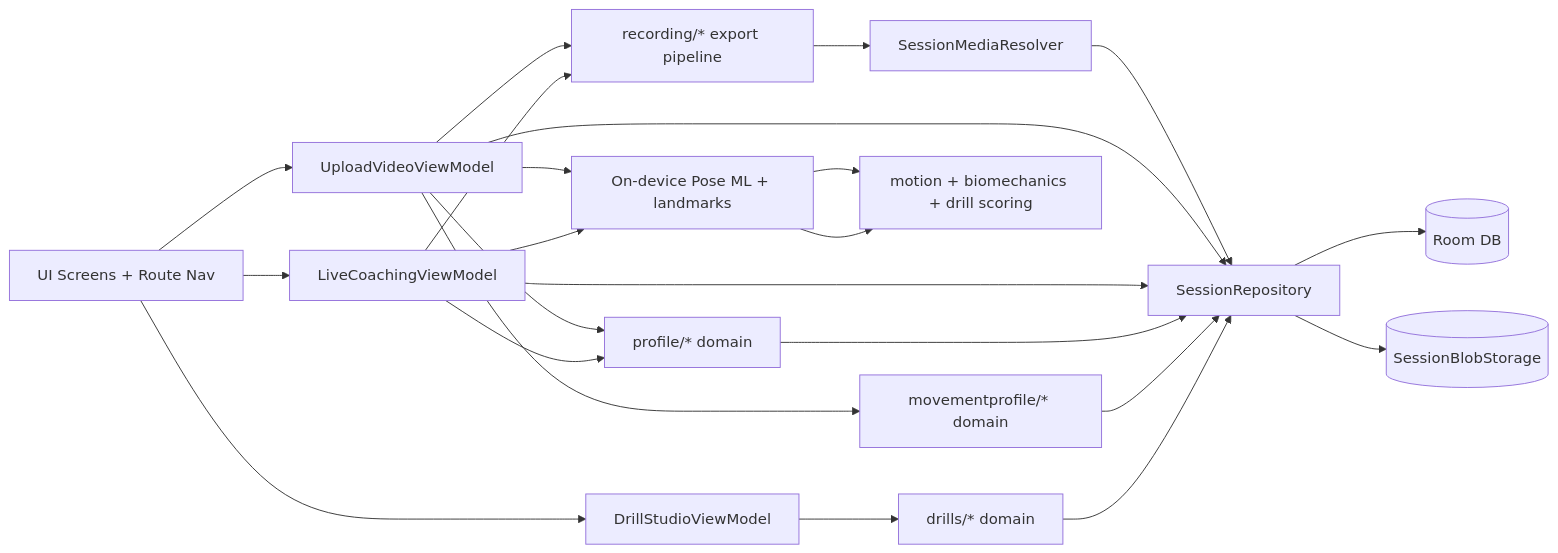
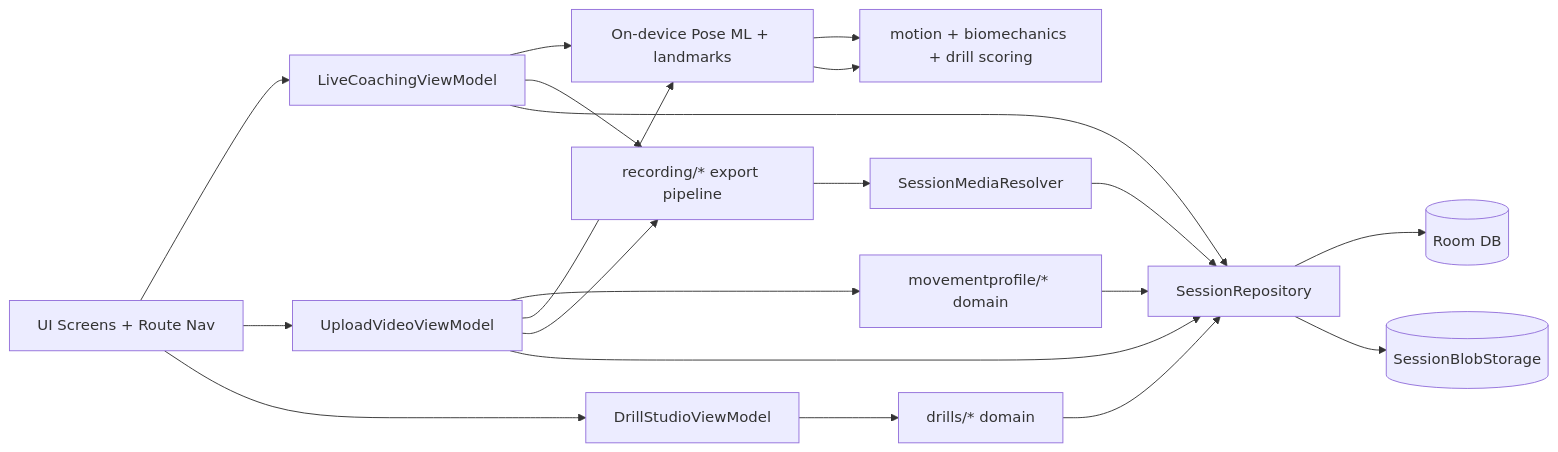
The diagram in docs/diagrams/architecture-subsystems.md (Voycepeh/Handstand-App), drawn with Mermaid before and after one commit. The commit also changed 27 other files, not shown here.

````diff
--- a/docs/diagrams/architecture-subsystems.md
+++ b/docs/diagrams/architecture-subsystems.md
@@ -3,43 +3,39 @@
 ```mermaid
 flowchart LR
     UI[UI Screens + Route Nav]
     LIVE[LiveCoachingViewModel]
     UPLOAD[UploadVideoViewModel]
     STUDIO[DrillStudioViewModel]
     DRILLS[drills/* domain]
     MOVE[movementprofile/* domain]
-    CAL[profile/* domain]
     POSEML[On-device Pose ML + landmarks]
     ANALYSIS[motion + biomechanics + drill scoring]
     RECORD[recording/* export pipeline]
     MEDIA[SessionMediaResolver]
     REPO[SessionRepository]
     DB[(Room DB)]
     BLOB[(SessionBlobStorage)]
 
     UI --> LIVE
     UI --> UPLOAD
     UI --> STUDIO
 
     LIVE --> POSEML --> ANALYSIS
-    LIVE --> CAL
     LIVE --> RECORD
 
     UPLOAD --> MOVE
     UPLOAD --> POSEML --> ANALYSIS
     UPLOAD --> RECORD
-    UPLOAD --> CAL
 
     STUDIO --> DRILLS
 
     DRILLS --> REPO
     MOVE --> REPO
-    CAL --> REPO
     LIVE --> REPO
     UPLOAD --> REPO
 
     RECORD --> MEDIA --> REPO
 
     REPO --> DB
     REPO --> BLOB
 ```
````
